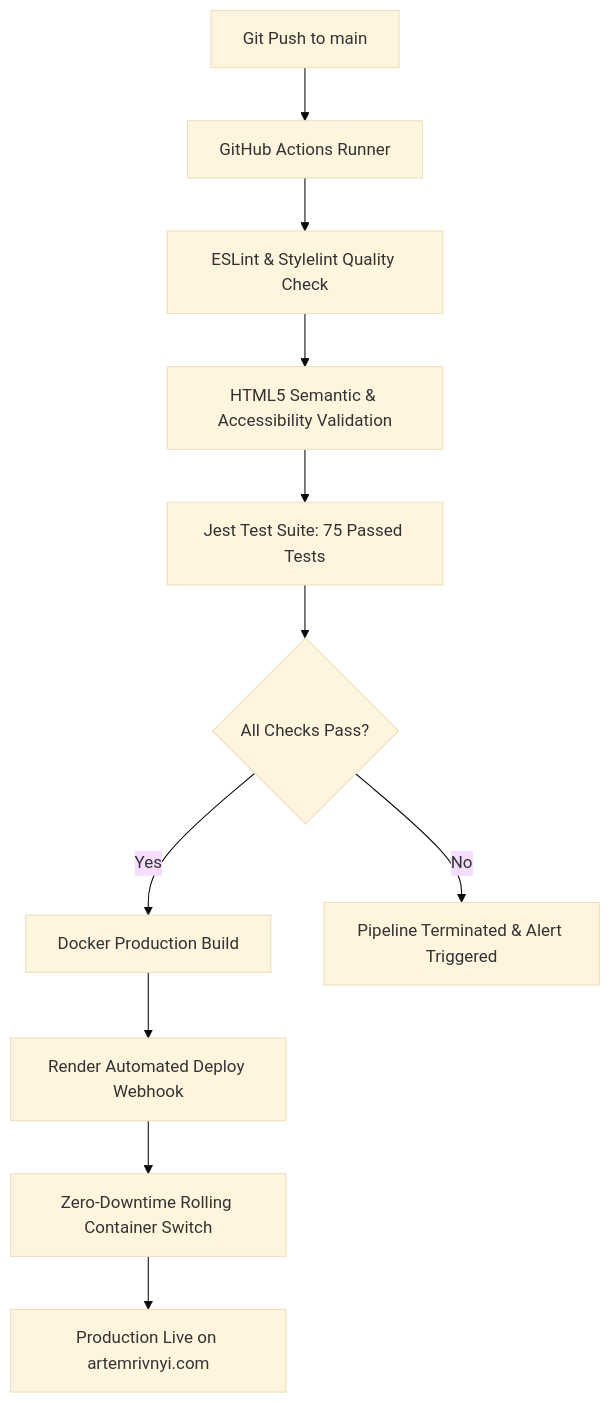
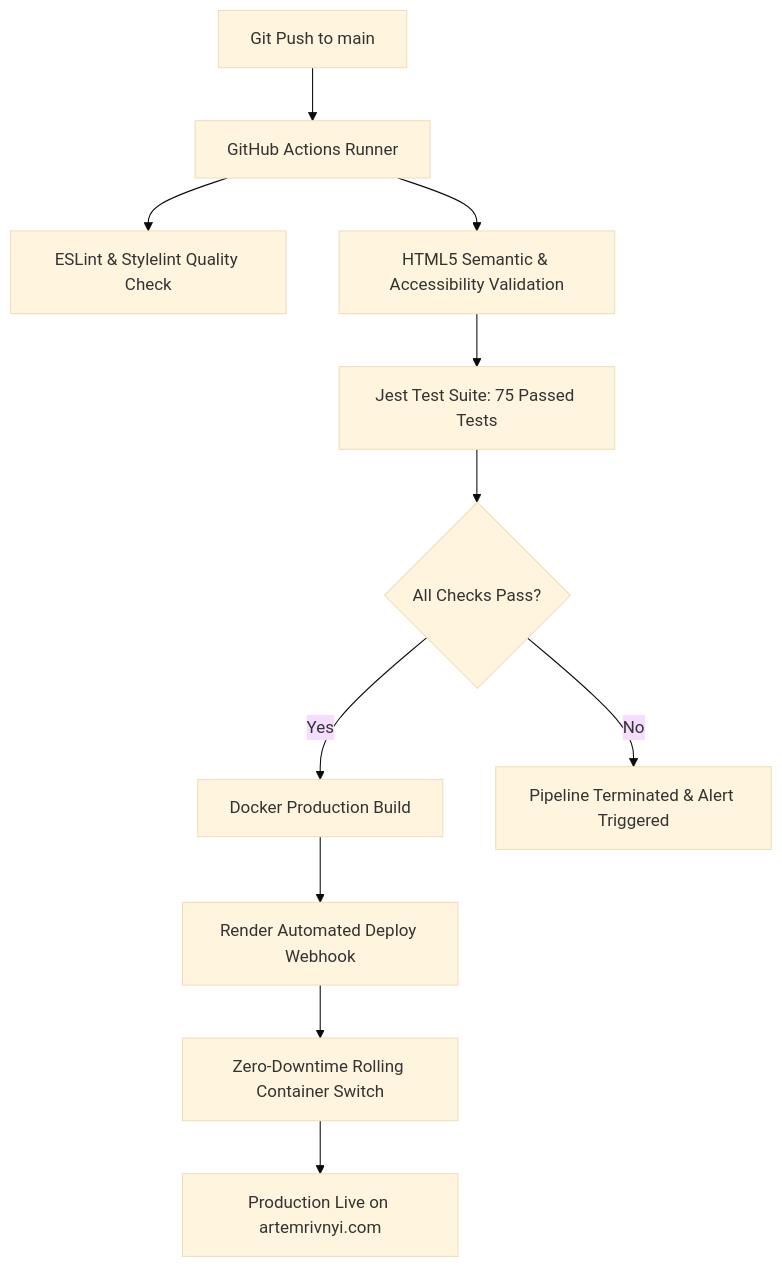
The diagram in README.md (ArtemRivnyi/personal-page-devops), drawn with Mermaid (base theme) before and after one commit. The commit also changed other lines of this file and 5 other files, not shown here.

````diff
--- a/README.md
+++ b/README.md
@@ -88,13 +88,13 @@
 ```mermaid
 graph TD
     A[Git Push to main] --> B[GitHub Actions Runner]
     B --> C[ESLint & Stylelint Quality Check]
-    C --> D[HTML5 Semantic & Accessibility Validation]
+    B --> D[HTML5 Semantic & Accessibility Validation]
     D --> E[Jest Test Suite: 75 Passed Tests]
     E --> F{All Checks Pass?}
     F -->|Yes| G[Docker Production Build]
     F -->|No| H[Pipeline Terminated & Alert Triggered]
     G --> I[Render Automated Deploy Webhook]
     I --> J[Zero-Downtime Rolling Container Switch]
     J --> K[Production Live on artemrivnyi.com]
 ```
````
